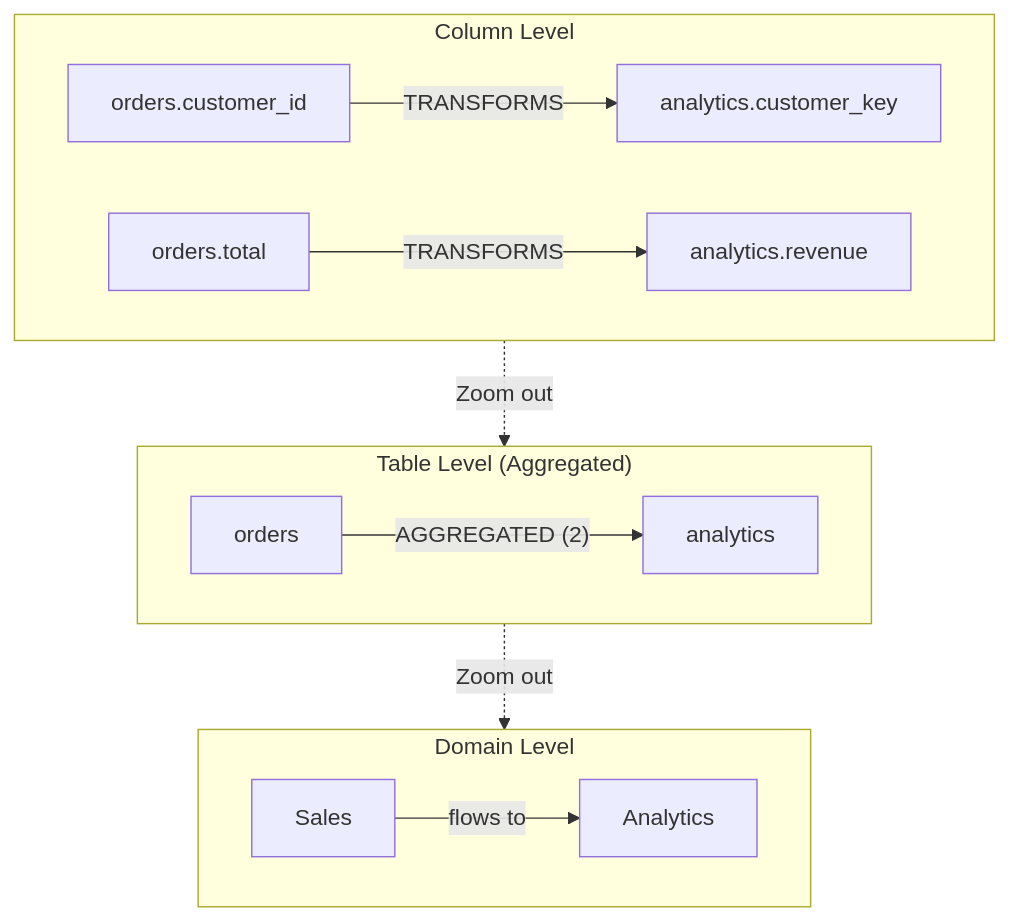
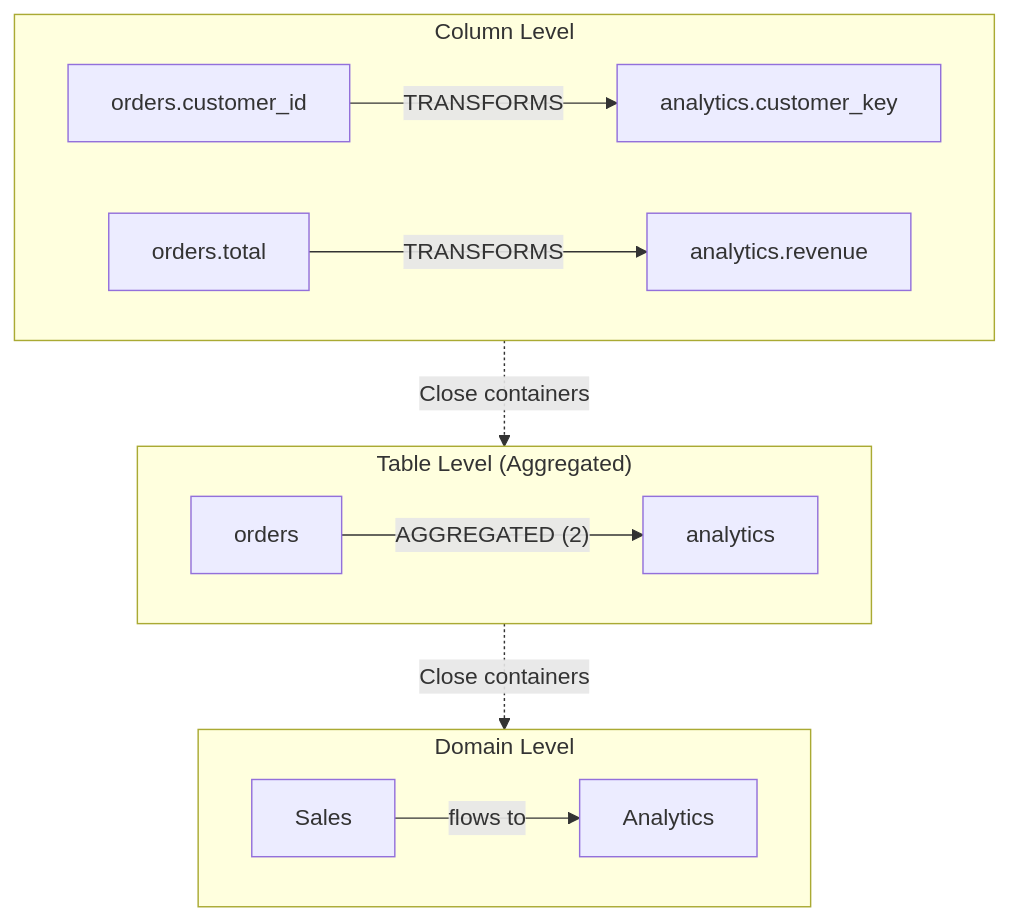
The fourth of 10 diagrams in docs/OVERVIEW.md (rkrumins/dataviz), drawn with Mermaid before and after one commit. The commit also changed other lines of this file and 9 other files, not shown here.

````diff
--- a/docs/OVERVIEW.md
+++ b/docs/OVERVIEW.md
@@ -209,19 +202,19 @@
 ```mermaid
 graph TB
     subgraph Column["Column Level"]
         C1["orders.customer_id"] -->|TRANSFORMS| C2["analytics.customer_key"]
         C3["orders.total"] -->|TRANSFORMS| C4["analytics.revenue"]
     end
 
     subgraph Table["Table Level (Aggregated)"]
         T1["orders"] -->|"AGGREGATED (2)"| T2["analytics"]
     end
 
     subgraph Domain["Domain Level"]
         D1["Sales"] -->|"flows to"| D2["Analytics"]
     end
 
-    Column -.->|"Zoom out"| Table
-    Table -.->|"Zoom out"| Domain
+    Column -.->|"Close containers"| Table
+    Table -.->|"Close containers"| Domain
 
 ```
````
